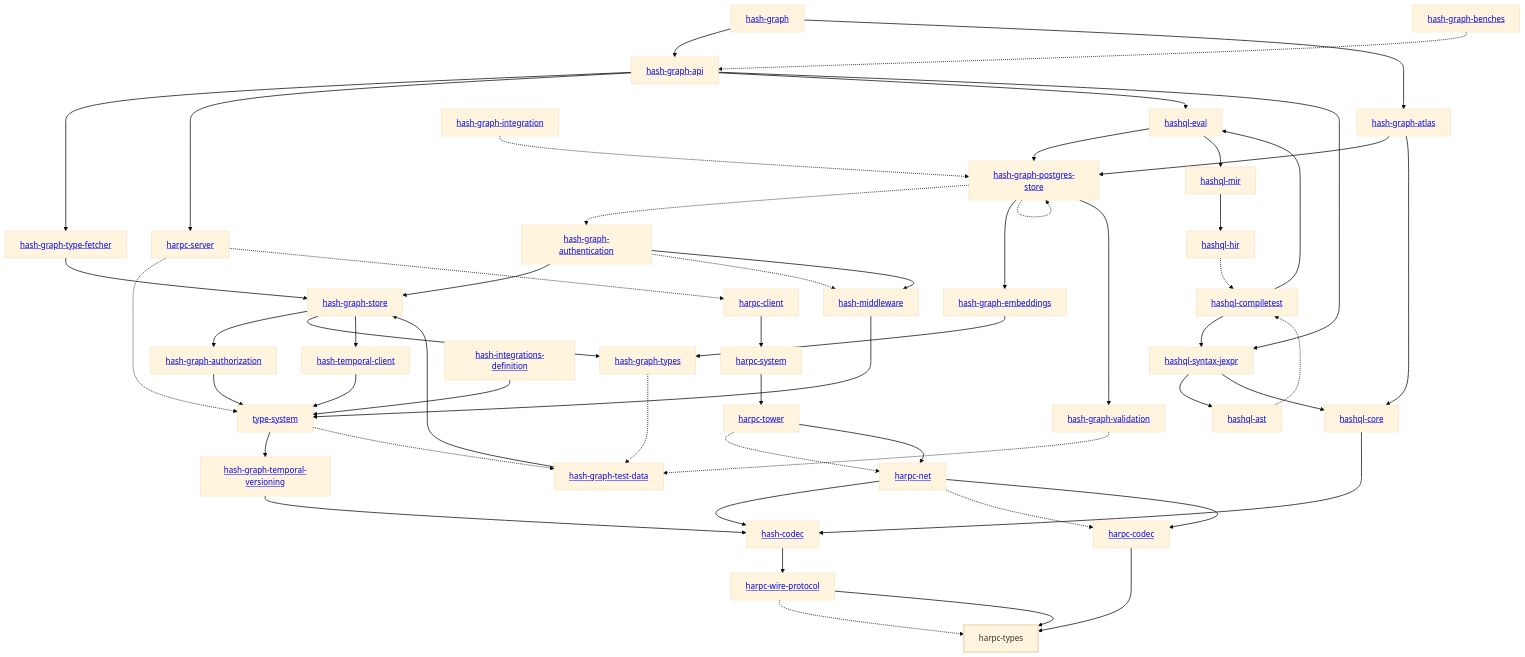
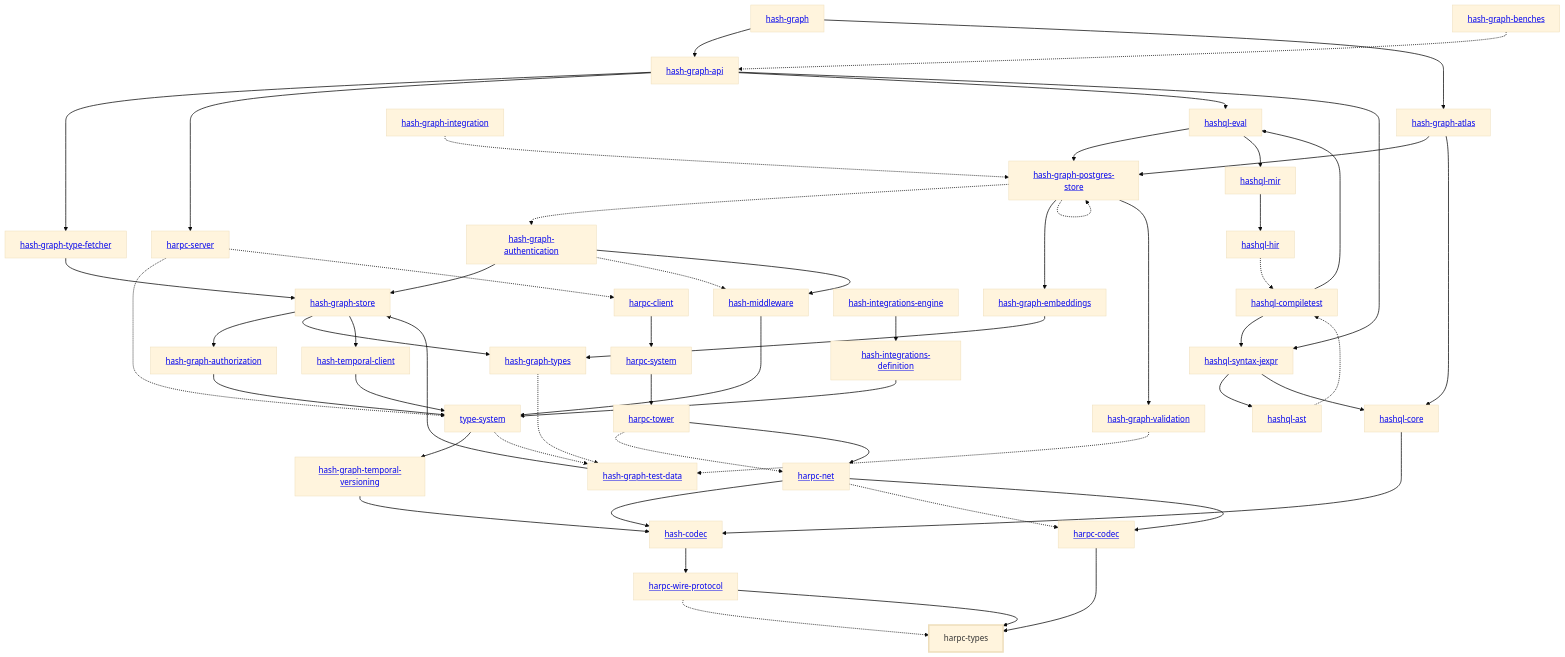
The diagram in libs/@local/harpc/types/docs/dependency-diagram.mmd (hashintel/hash), drawn with Mermaid (base theme) before and after one commit. The commit also changed 19 other files, not shown here.

```diff
--- a/libs/@local/harpc/types/docs/dependency-diagram.mmd
+++ b/libs/@local/harpc/types/docs/dependency-diagram.mmd
@@ -1,101 +1,103 @@
 graph TD
     linkStyle default stroke-width:1.5px
     classDef default stroke-width:1px
     classDef root stroke-width:3px
     classDef dev stroke-width:1px
     classDef build stroke-width:1px
     %% Legend
     %% --> : Normal dependency
     %% -.-> : Dev dependency
     %% ---> : Build dependency
     0[<a href="../hash_graph/index.html">hash-graph</a>]
     1[<a href="../type_system/index.html">type-system</a>]
     2[<a href="../hash_codec/index.html">hash-codec</a>]
     3[<a href="../hash_graph_api/index.html">hash-graph-api</a>]
     4[<a href="../hash_graph_atlas/index.html">hash-graph-atlas</a>]
     5[<a href="../hash_graph_authentication/index.html">hash-graph-authentication</a>]
     6[<a href="../hash_graph_authorization/index.html">hash-graph-authorization</a>]
     7[<a href="../hash_graph_embeddings/index.html">hash-graph-embeddings</a>]
     8[<a href="../hash_graph_postgres_store/index.html">hash-graph-postgres-store</a>]
     9[<a href="../hash_graph_store/index.html">hash-graph-store</a>]
     10[<a href="../hash_graph_temporal_versioning/index.html">hash-graph-temporal-versioning</a>]
     11[<a href="../hash_graph_type_fetcher/index.html">hash-graph-type-fetcher</a>]
     12[<a href="../hash_graph_types/index.html">hash-graph-types</a>]
     13[<a href="../hash_graph_validation/index.html">hash-graph-validation</a>]
     14[<a href="../harpc_client/index.html">harpc-client</a>]
     15[<a href="../harpc_codec/index.html">harpc-codec</a>]
     16[<a href="../harpc_net/index.html">harpc-net</a>]
     17[<a href="../harpc_server/index.html">harpc-server</a>]
     18[<a href="../harpc_system/index.html">harpc-system</a>]
     19[<a href="../harpc_tower/index.html">harpc-tower</a>]
     20[harpc-types]
     class 20 root
     21[<a href="../harpc_wire_protocol/index.html">harpc-wire-protocol</a>]
     22[<a href="../hashql_ast/index.html">hashql-ast</a>]
     23[<a href="../hashql_compiletest/index.html">hashql-compiletest</a>]
     24[<a href="../hashql_core/index.html">hashql-core</a>]
     25[<a href="../hashql_eval/index.html">hashql-eval</a>]
     26[<a href="../hashql_hir/index.html">hashql-hir</a>]
     27[<a href="../hashql_mir/index.html">hashql-mir</a>]
     28[<a href="../hashql_syntax_jexpr/index.html">hashql-syntax-jexpr</a>]
     29[<a href="../hash_integrations_definition/index.html">hash-integrations-definition</a>]
-    30[<a href="../hash_middleware/index.html">hash-middleware</a>]
-    31[<a href="../hash_temporal_client/index.html">hash-temporal-client</a>]
-    32[<a href="../hash_graph_benches/index.html">hash-graph-benches</a>]
-    33[<a href="../hash_graph_integration/index.html">hash-graph-integration</a>]
-    34[<a href="../hash_graph_test_data/index.html">hash-graph-test-data</a>]
+    30[<a href="../hash_integrations_engine/index.html">hash-integrations-engine</a>]
+    31[<a href="../hash_middleware/index.html">hash-middleware</a>]
+    32[<a href="../hash_temporal_client/index.html">hash-temporal-client</a>]
+    33[<a href="../hash_graph_benches/index.html">hash-graph-benches</a>]
+    34[<a href="../hash_graph_integration/index.html">hash-graph-integration</a>]
+    35[<a href="../hash_graph_test_data/index.html">hash-graph-test-data</a>]
     0 --> 3
     0 --> 4
     1 --> 10
-    1 -.-> 34
+    1 -.-> 35
     2 --> 21
     3 --> 11
     3 --> 17
     3 --> 25
     3 --> 28
     4 --> 8
     4 --> 24
     5 --> 9
-    5 -.-> 30
-    5 --> 30
+    5 -.-> 31
+    5 --> 31
     6 --> 1
     7 --> 12
     8 -.-> 5
     8 --> 7
     8 -.-> 8
     8 --> 13
     9 --> 6
     9 --> 12
-    9 --> 31
+    9 --> 32
     10 --> 2
     11 --> 9
-    12 -.-> 34
-    13 -.-> 34
+    12 -.-> 35
+    13 -.-> 35
     14 --> 18
     15 --> 20
     16 --> 2
     16 -.-> 15
     16 --> 15
     17 -.-> 1
     17 -.-> 14
     18 --> 19
     19 -.-> 16
     19 --> 16
     21 -.-> 20
     21 --> 20
     22 -.-> 23
     23 --> 25
     23 --> 28
     24 --> 2
     25 --> 8
     25 --> 27
     26 -.-> 23
     27 --> 26
     28 --> 22
     28 --> 24
     29 --> 1
-    30 --> 1
+    30 --> 29
     31 --> 1
-    32 -.-> 3
-    33 -.-> 8
-    34 --> 9
+    32 --> 1
+    33 -.-> 3
+    34 -.-> 8
+    35 --> 9
```
